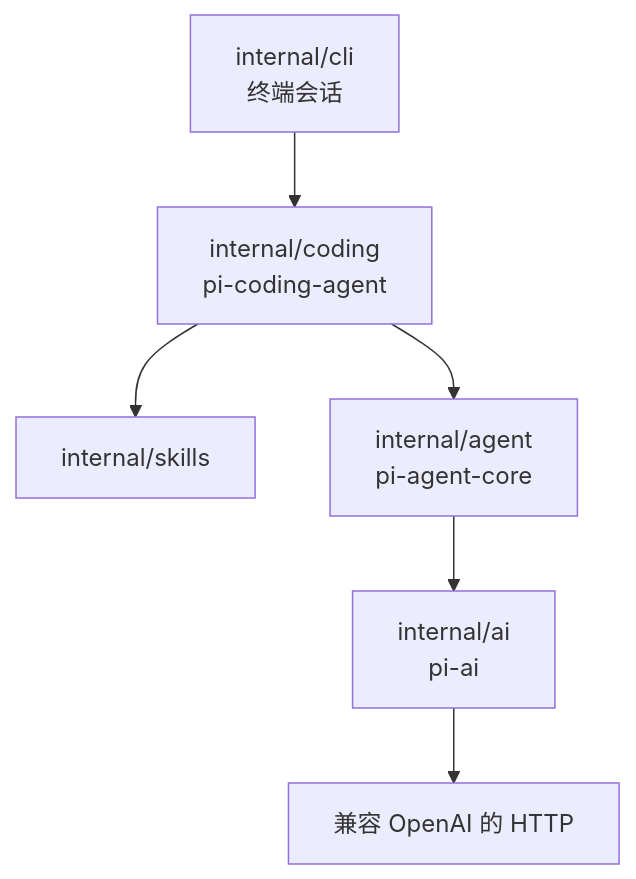
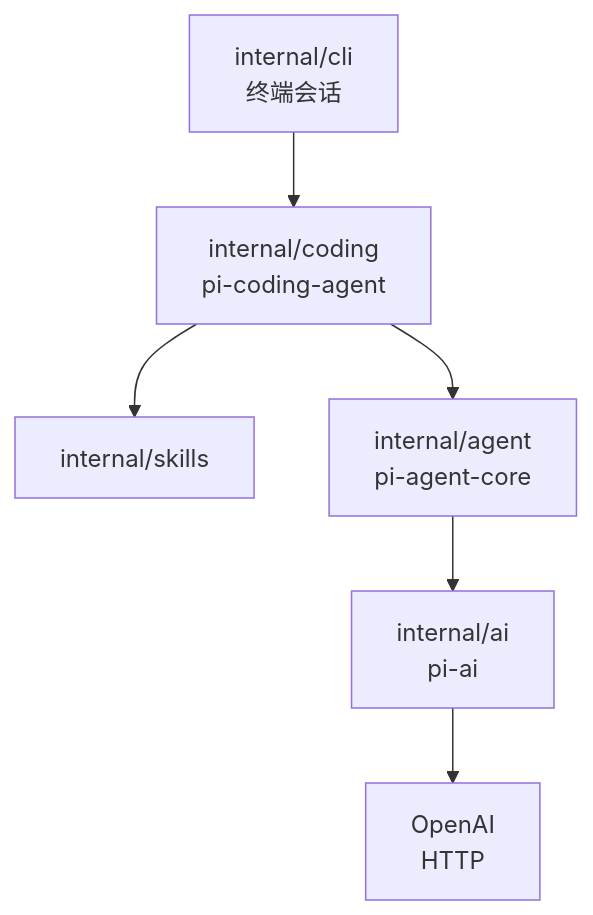
Before and after one commit to zyy17/pigo: the first of 4 diagrams in docs/design.zh-CN.md, drawn with Mermaid. The commit also changed other lines of this file and 5 other files, not shown here.

First line of the commit message:
docs: fix clipped labels in TUI diagrams

````diff
--- a/docs/design.zh-CN.md
+++ b/docs/design.zh-CN.md
@@ -9,14 +9,14 @@
 ```mermaid
 flowchart TD
     cli["internal/cli<br/>终端会话"]
     coding["internal/coding<br/>pi-coding-agent"]
     skills["internal/skills"]
     agent["internal/agent<br/>pi-agent-core"]
     ai["internal/ai<br/>pi-ai"]
-    http["兼容 OpenAI 的 HTTP"]
+    http["OpenAI<br/>HTTP"]
     cli --> coding
     coding --> skills
     coding --> agent
     agent --> ai
     ai --> http
 ```
````
